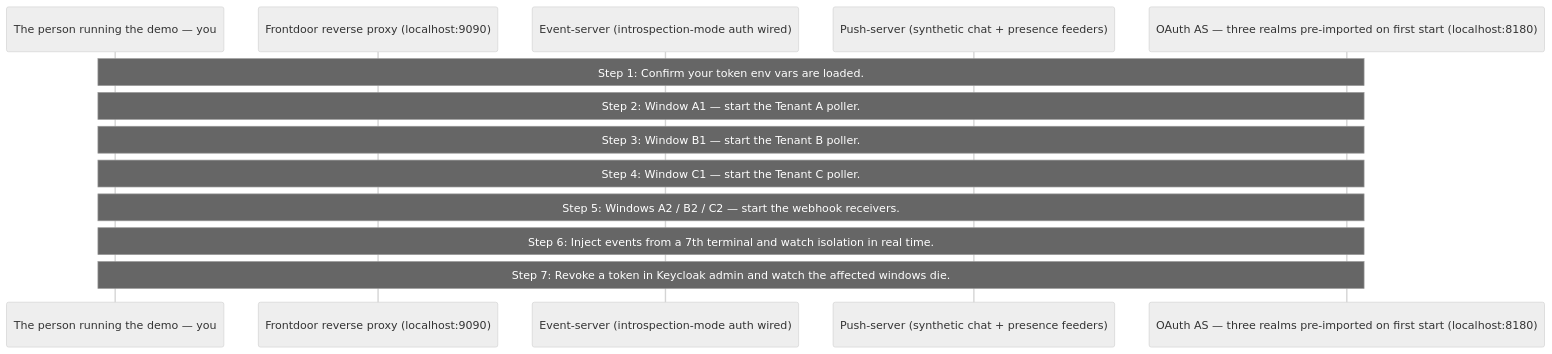
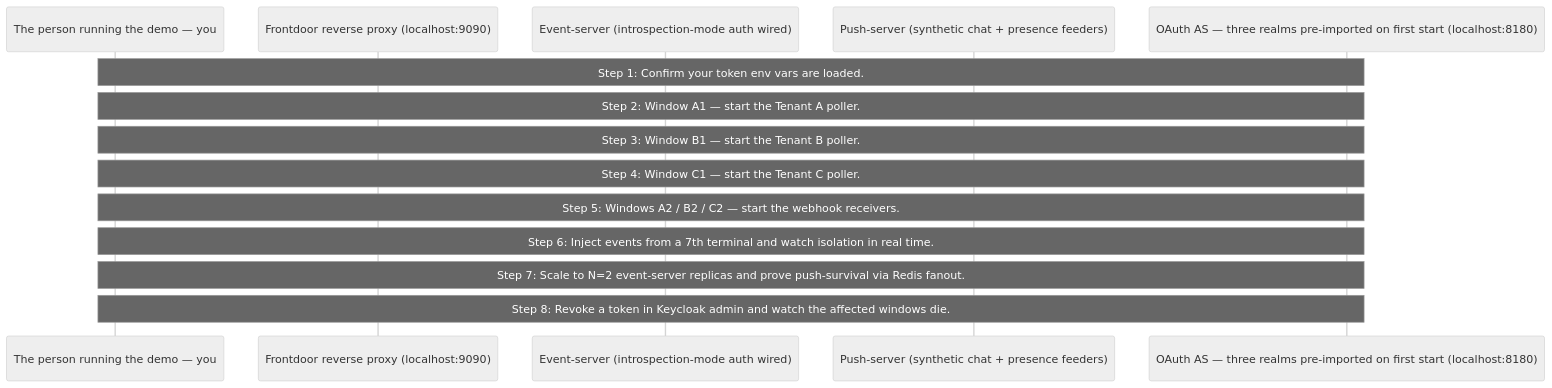
One commit to panyam/mcpkit changed the diagram in examples/events/whole-enchilada/WALKTHROUGH.md. Above: the diagram before and after it, drawn with Mermaid (neutral theme). The commit also changed other lines of this file and 2 other files, not shown here.

First line of the commit message:
ext/events/stores/redis + whole-enchilada: flip README to Pattern B, add multi-replica push-survival walkthrough beat

````diff
--- a/examples/events/whole-enchilada/WALKTHROUGH.md
+++ b/examples/events/whole-enchilada/WALKTHROUGH.md
@@ -17,22 +18,24 @@
 ```mermaid
 sequenceDiagram
     participant Operator as The person running the demo — you
     participant Nginx as Frontdoor reverse proxy (localhost:9090)
     participant Server as Event-server (introspection-mode auth wired)
     participant PushServer as Push-server (synthetic chat + presence feeders)
     participant Keycloak as OAuth AS — three realms pre-imported on first start (localhost:8180)
 
     Note over Operator,Keycloak: Step 1: Confirm your token env vars are loaded.
 
     Note over Operator,Keycloak: Step 2: Window A1 — start the Tenant A poller.
 
     Note over Operator,Keycloak: Step 3: Window B1 — start the Tenant B poller.
 
     Note over Operator,Keycloak: Step 4: Window C1 — start the Tenant C poller.
 
     Note over Operator,Keycloak: Step 5: Windows A2 / B2 / C2 — start the webhook receivers.
 
     Note over Operator,Keycloak: Step 6: Inject events from a 7th terminal and watch isolation in real time.
 
-    Note over Operator,Keycloak: Step 7: Revoke a token in Keycloak admin and watch the affected windows die.
+    Note over Operator,Keycloak: Step 7: Scale to N=2 event-server replicas and prove push-survival via Redis fanout.
+
+    Note over Operator,Keycloak: Step 8: Revoke a token in Keycloak admin and watch the affected windows die.
 ```
````
